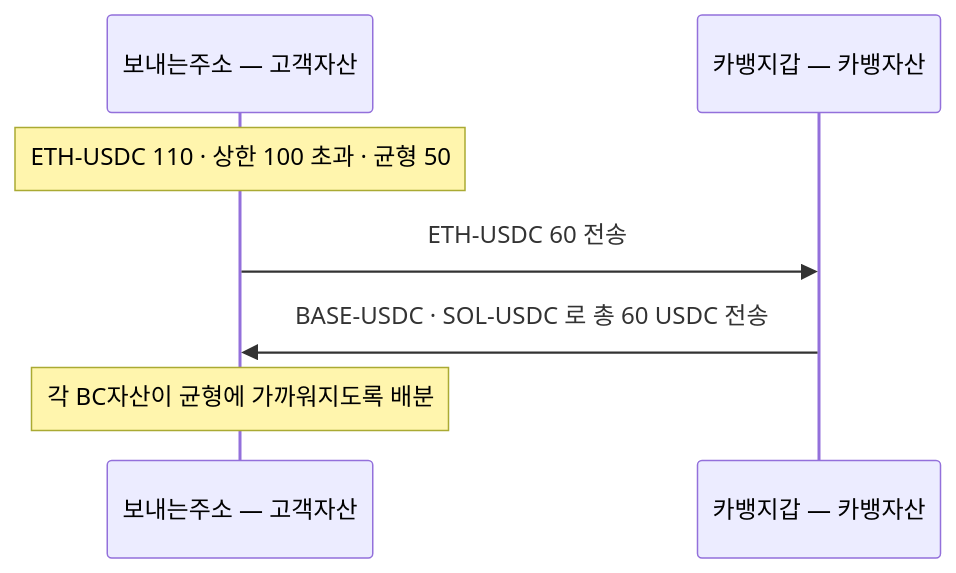
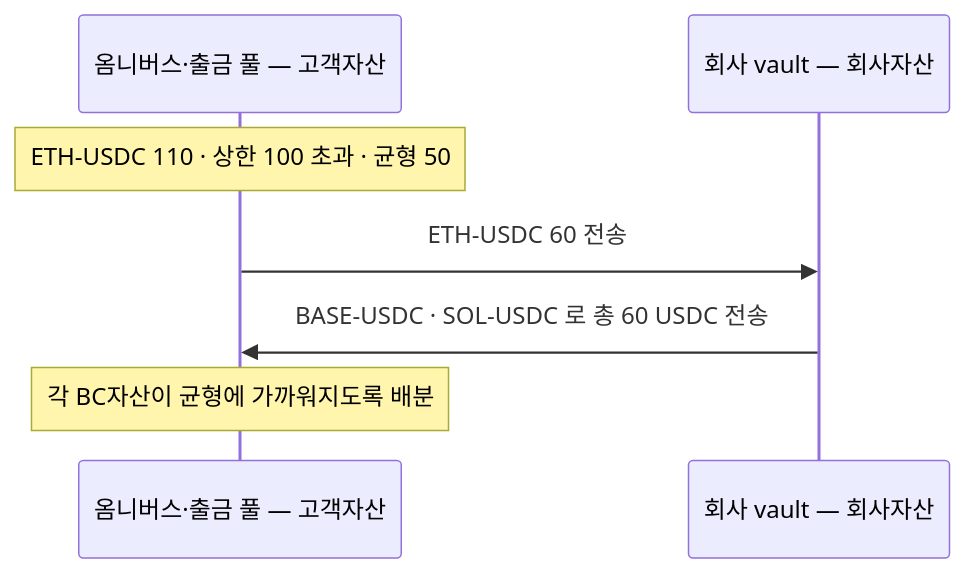
Before and after one commit to eunsujeo/eunpus: the first of 2 diagrams in blockchain-manager/docs/블록체인매니저/브릿지/01-problem.md, drawn with Mermaid. The commit also changed other lines of this file and 6 other files, not shown here.

````diff
--- a/blockchain-manager/docs/블록체인매니저/브릿지/01-problem.md
+++ b/blockchain-manager/docs/블록체인매니저/브릿지/01-problem.md
@@ -30,10 +30,10 @@
 ```mermaid
 sequenceDiagram
-  participant S as 보내는주소 — 고객자산
-  participant K as 카뱅지갑 — 카뱅자산
+  participant S as 옴니버스·출금 풀 — 고객자산
+  participant K as 회사 vault — 회사자산
 
   Note over S: ETH-USDC 110 · 상한 100 초과 · 균형 50
   S->>K: ETH-USDC 60 전송
   K->>S: BASE-USDC · SOL-USDC 로 총 60 USDC 전송
   Note over S: 각 BC자산이 균형에 가까워지도록 배분
 ```
````
